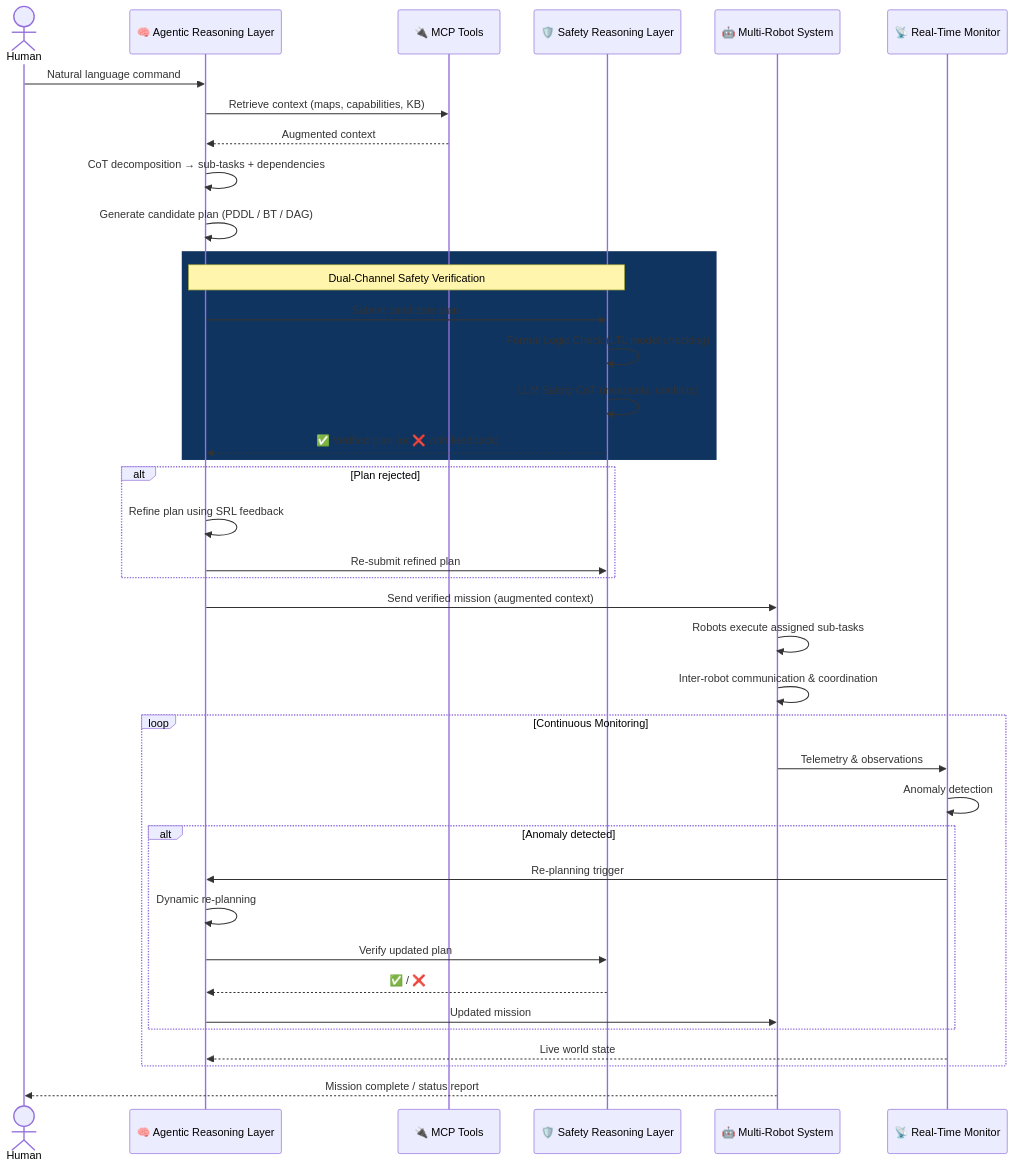
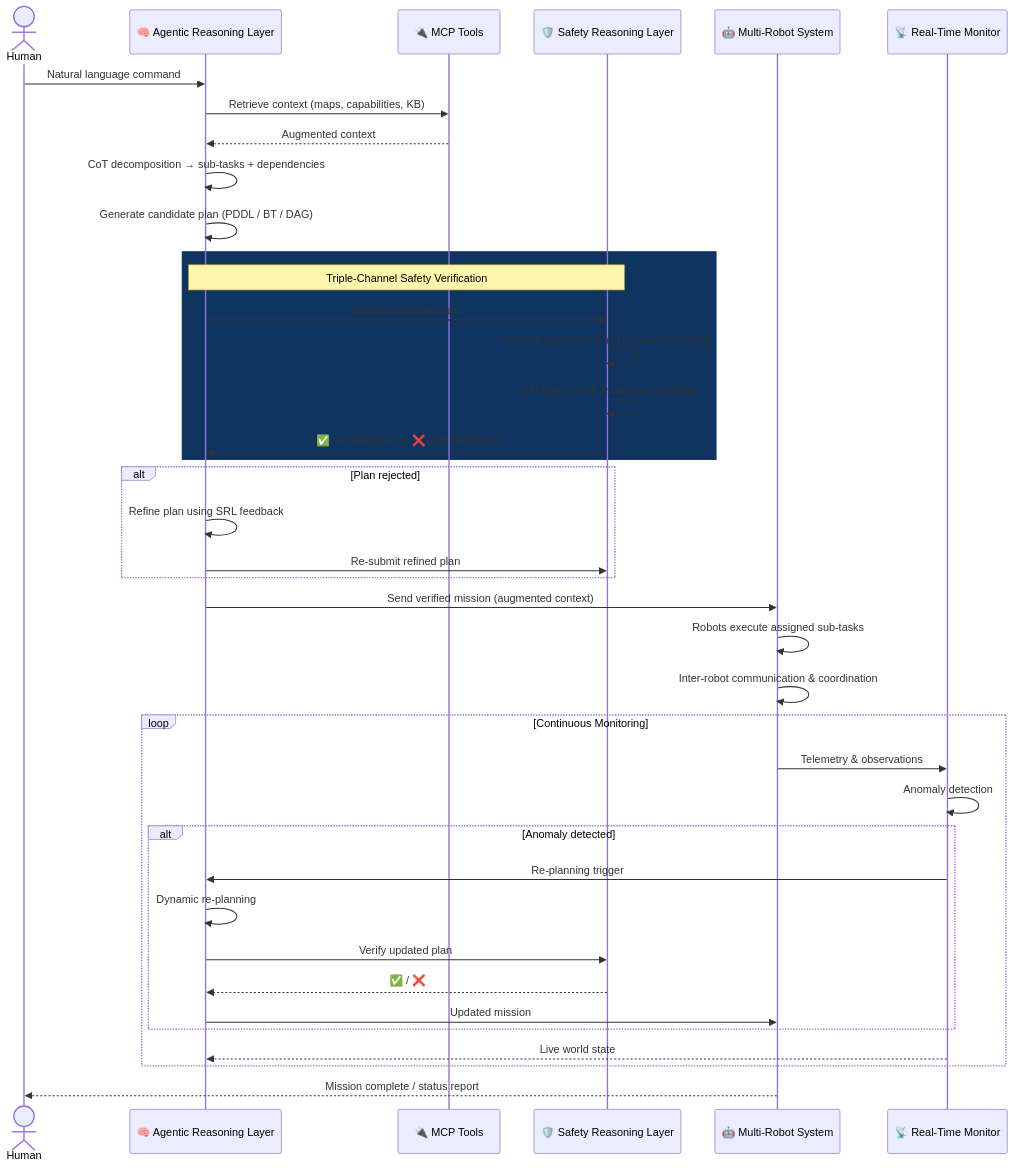
One commit to asmbatati/SAFEMRS changed the fourth of 4 diagrams in proposal/architecture_proposal.md. Above: the diagram before and after it, drawn with Mermaid. The commit also changed other lines of this file and 5 other files, not shown here.

Commit message:
feat: Establish initial paper structure, including detailed brainstorming for a multi-specialized AI-agent architecture, add proposal documents, and update changelog.

````diff
--- a/proposal/architecture_proposal.md
+++ b/proposal/architecture_proposal.md
@@ -303,47 +341,47 @@
 ```mermaid
 sequenceDiagram
     actor Human
     participant ARL as 🧠 Agentic Reasoning Layer
     participant MCP as 🔌 MCP Tools
     participant SRL as 🛡️ Safety Reasoning Layer
     participant MRS as 🤖 Multi-Robot System
     participant RTM as 📡 Real-Time Monitor
 
     Human->>ARL: Natural language command
     ARL->>MCP: Retrieve context (maps, capabilities, KB)
     MCP-->>ARL: Augmented context
     ARL->>ARL: CoT decomposition → sub-tasks + dependencies
     ARL->>ARL: Generate candidate plan (PDDL / BT / DAG)
 
     rect rgb(15, 52, 96)
-        Note over ARL,SRL: Dual-Channel Safety Verification
+        Note over ARL,SRL: Triple-Channel Safety Verification
         ARL->>SRL: Submit candidate plan
         SRL->>SRL: Formal Logic Check (LTL model checking)
         SRL->>SRL: LLM Safety CoT (invariants, conflicts)
         SRL-->>ARL: ✅ Verified plan (or ❌ with feedback)
     end
 
     alt Plan rejected
         ARL->>ARL: Refine plan using SRL feedback
         ARL->>SRL: Re-submit refined plan
     end
 
     ARL->>MRS: Send verified mission (augmented context)
     MRS->>MRS: Robots execute assigned sub-tasks
     MRS->>MRS: Inter-robot communication & coordination
 
     loop Continuous Monitoring
         MRS->>RTM: Telemetry & observations
         RTM->>RTM: Anomaly detection
         alt Anomaly detected
             RTM->>ARL: Re-planning trigger
             ARL->>ARL: Dynamic re-planning
             ARL->>SRL: Verify updated plan
             SRL-->>ARL: ✅ / ❌
             ARL->>MRS: Updated mission
         end
         RTM-->>ARL: Live world state
     end
 
     MRS-->>Human: Mission complete / status report
 ```
````
